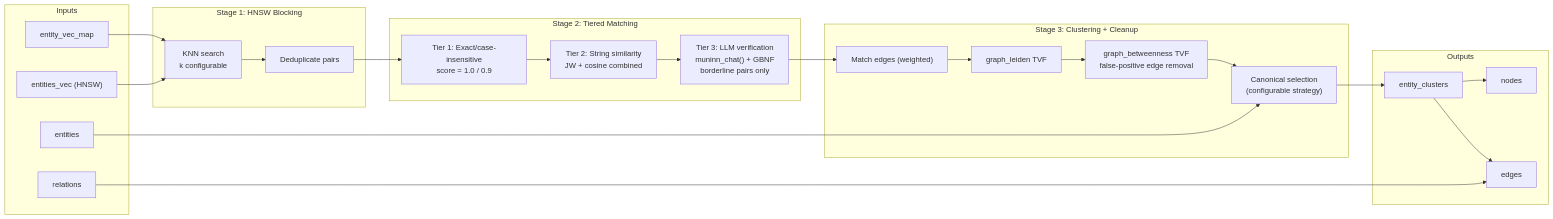
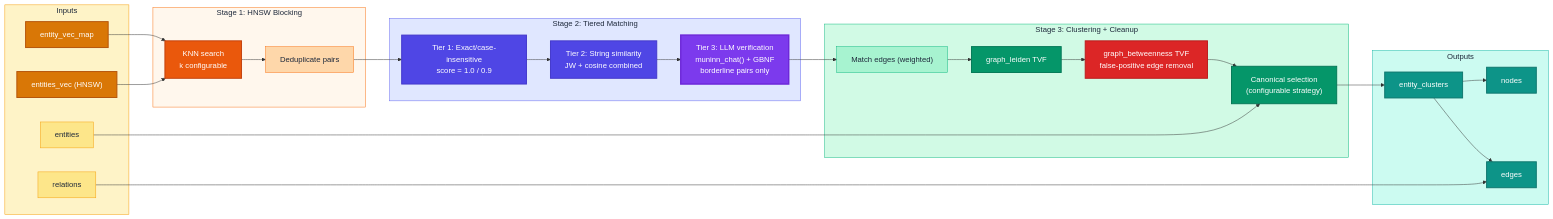
Before and after one commit to neozenith/sqlite-muninn: the second of 4 diagrams in docs/plans/er/00_gap_analysis.md, drawn with Mermaid. The commit also changed other lines of this file and 12 other files, not shown here.

````diff
--- a/docs/plans/er/00_gap_analysis.md
+++ b/docs/plans/er/00_gap_analysis.md
@@ -115,49 +130,66 @@
 ```mermaid
 flowchart LR
     subgraph Inputs
-        EVM["entity_vec_map"]
-        EVT["entities_vec (HNSW)"]
-        ENT["entities"]
-        REL["relations"]
+        EVM["entity_vec_map"]:::sourcePrimary
+        EVT["entities_vec (HNSW)"]:::sourcePrimary
+        ENT["entities"]:::sourceSecondary
+        REL["relations"]:::sourceSecondary
     end
 
     subgraph Stage1["Stage 1: HNSW Blocking"]
-        KNN["KNN search<br/>k configurable"]
-        DEDUP["Deduplicate pairs"]
+        KNN["KNN search<br/>k configurable"]:::transformPrimary
+        DEDUP["Deduplicate pairs"]:::transformSecondary
     end
 
     subgraph Stage2["Stage 2: Tiered Matching"]
-        EXACT["Tier 1: Exact/case-insensitive<br/>score = 1.0 / 0.9"]
-        STRING["Tier 2: String similarity<br/>JW + cosine combined"]
-        LLM["Tier 3: LLM verification<br/>muninn_chat() + GBNF<br/>borderline pairs only"]
+        EXACT["Tier 1: Exact/case-insensitive<br/>score = 1.0 / 0.9"]:::orchPrimary
+        STRING["Tier 2: String similarity<br/>JW + cosine combined"]:::orchPrimary
+        LLM["Tier 3: LLM verification<br/>muninn_chat() + GBNF<br/>borderline pairs only"]:::llmAccent
     end
 
     subgraph Stage3["Stage 3: Clustering + Cleanup"]
-        EDGES["Match edges (weighted)"]
-        LEIDEN["graph_leiden TVF"]
-        BETWEEN["graph_betweenness TVF<br/>false-positive edge removal"]
-        CANON["Canonical selection<br/>(configurable strategy)"]
+        EDGES["Match edges (weighted)"]:::loadSecondary
+        LEIDEN["graph_leiden TVF"]:::loadPrimary
+        BETWEEN["graph_betweenness TVF<br/>false-positive edge removal"]:::danger
+        CANON["Canonical selection<br/>(configurable strategy)"]:::loadPrimary
     end
 
     subgraph Outputs
-        EC["entity_clusters"]
-        NODES["nodes"]
-        COALESCE["edges"]
+        EC["entity_clusters"]:::dataPrimary
+        NODES["nodes"]:::dataPrimary
+        COALESCE["edges"]:::dataPrimary
     end
 
     EVM --> KNN
     EVT --> KNN
     KNN --> DEDUP
     DEDUP --> EXACT
     EXACT --> STRING
     STRING --> LLM
     LLM --> EDGES
     EDGES --> LEIDEN
     LEIDEN --> BETWEEN
     BETWEEN --> CANON
     ENT --> CANON
     CANON --> EC
     EC --> NODES
     EC --> COALESCE
     REL --> COALESCE
+
+    classDef sourcePrimary     fill:#d97706,stroke:#b45309,color:#fff,stroke-width:2px
+    classDef sourceSecondary   fill:#fde68a,stroke:#f59e0b,color:#1e293b,stroke-width:1px
+    classDef transformPrimary  fill:#ea580c,stroke:#c2410c,color:#fff,stroke-width:2px
+    classDef transformSecondary fill:#fed7aa,stroke:#f97316,color:#1e293b,stroke-width:1px
+    classDef orchPrimary       fill:#4f46e5,stroke:#4338ca,color:#fff,stroke-width:2px
+    classDef llmAccent         fill:#7c3aed,stroke:#6d28d9,color:#fff,stroke-width:3px
+    classDef loadPrimary       fill:#059669,stroke:#047857,color:#fff,stroke-width:2px
+    classDef loadSecondary     fill:#a7f3d0,stroke:#10b981,color:#1e293b,stroke-width:1px
+    classDef dataPrimary       fill:#0d9488,stroke:#0f766e,color:#fff,stroke-width:2px
+    classDef danger            fill:#dc2626,stroke:#b91c1c,color:#fff,stroke-width:2px
+
+    style Inputs fill:#fef3c7,stroke:#f59e0b,color:#1e293b
+    style Stage1 fill:#fff7ed,stroke:#f97316,color:#1e293b
+    style Stage2 fill:#e0e7ff,stroke:#6366f1,color:#1e293b
+    style Stage3 fill:#d1fae5,stroke:#10b981,color:#1e293b
+    style Outputs fill:#ccfbf1,stroke:#14b8a6,color:#1e293b
 ```
````
